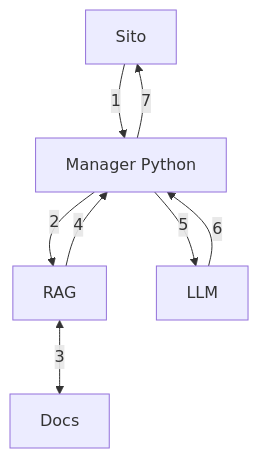
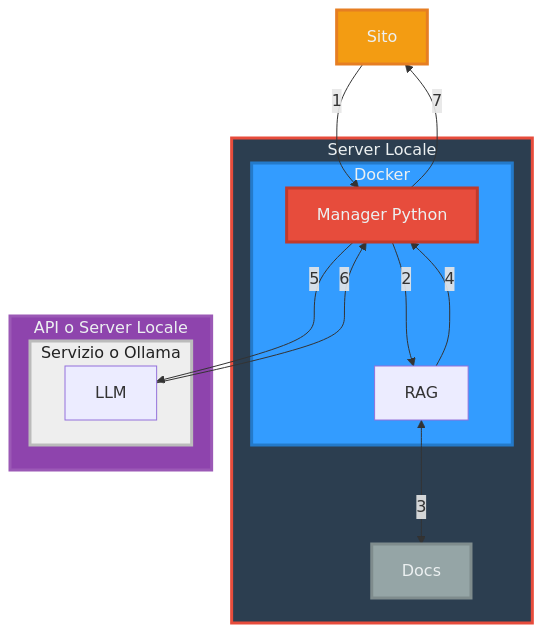
The diagram in docs/techstack.md (DanieleT07/ChatBotProjectEvaluation), drawn with Mermaid before and after one commit. The commit also changed 3 other files, not shown here.

Commit message:
Aggiornato Readmap e aggiunto schema a TechStack

````diff
--- a/docs/techstack.md
+++ b/docs/techstack.md
@@ -7,16 +7,35 @@
 ```mermaid
 graph TD
-    A[Sito]
-    B[Manager Python]
-    C[RAG]
-    D[Docs]
-    C2[LLM]
+A[Sito]
 
-    A-->|1|B
-    B-->|7|A
-    B-->|2|C
-    C-->|4|B
-    B-->|5|C2
-    C2-->|6|B
-    C<-->|3|D
+    subgraph Server_Locale["Server Locale"]
+        subgraph Docker["Docker"]
+            B[Manager Python]
+            C[RAG]
+        end
+        D[Docs]
+    end
+
+    subgraph API_o_Server_Locale["API o Server Locale"]
+        subgraph Servizio_o_Ollama["Servizio o Ollama"]
+            C2[LLM]
+        end
+    end
+
+    A -- 1 --> B
+    B -- 7 --> A
+    B -- 2 --> C
+    C -- 4 --> B
+    B -- 5 --> C2
+    C2 -- 6 --> B
+    C <-- 3 --> D
+
+    %% Miglioramento dei colori e contrasto
+    style Server_Locale fill:#2C3E50,stroke:#E74C3C,stroke-width:3px,color:#ECF0F1
+    style API_o_Server_Locale fill:#8E44AD,stroke:#9B59B6,stroke-width:3px,color:#ECF0F1
+    style Servizio_o_Ollama fill:#EEEEEE,stroke:#bbbbbb,stroke-width:3px,color:#222222
+    style Docker fill:#339cff,stroke:#247aca,stroke-width:3px,color:#ECF0F1
+    style A fill:#F39C12,stroke:#E67E22,stroke-width:3px,color:#ECF0F1
+    style B fill:#E74C3C,stroke:#C0392B,stroke-width:3px,color:#ECF0F1
+    style D fill:#95A5A6,stroke:#7F8C8D,stroke-width:3px,color:#ECF0F1
 ```
````
